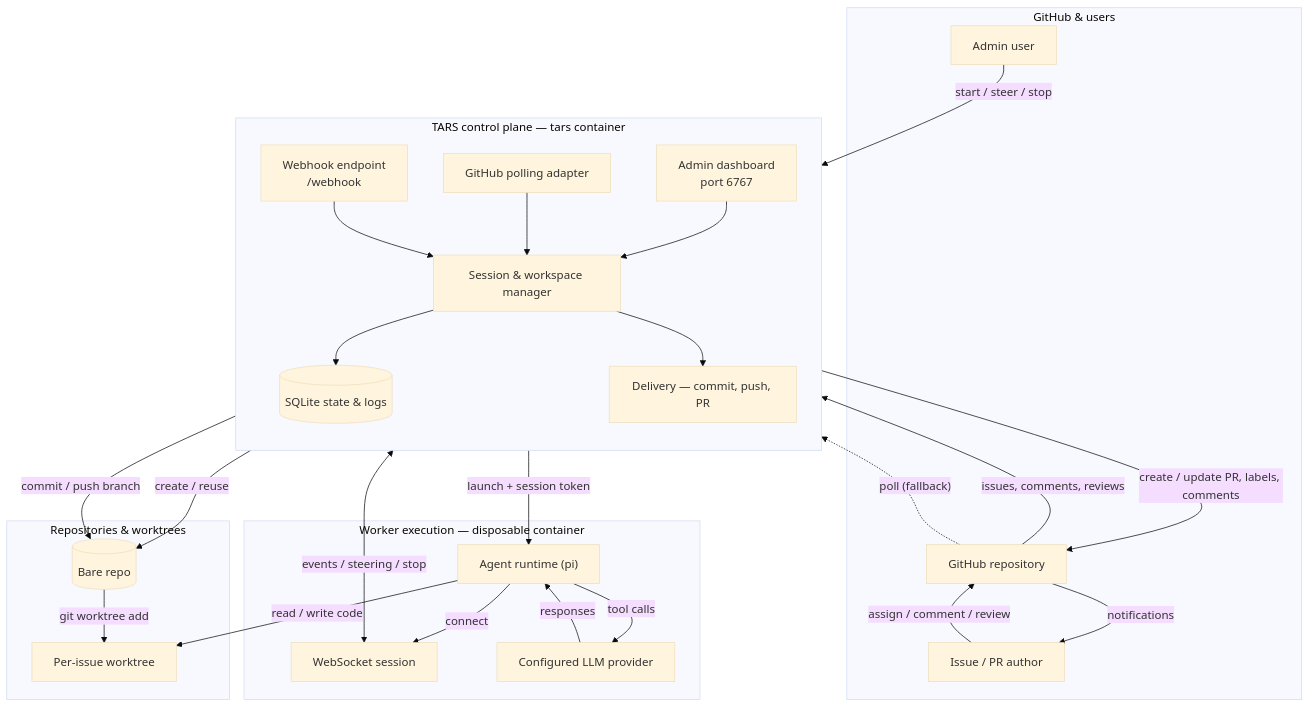
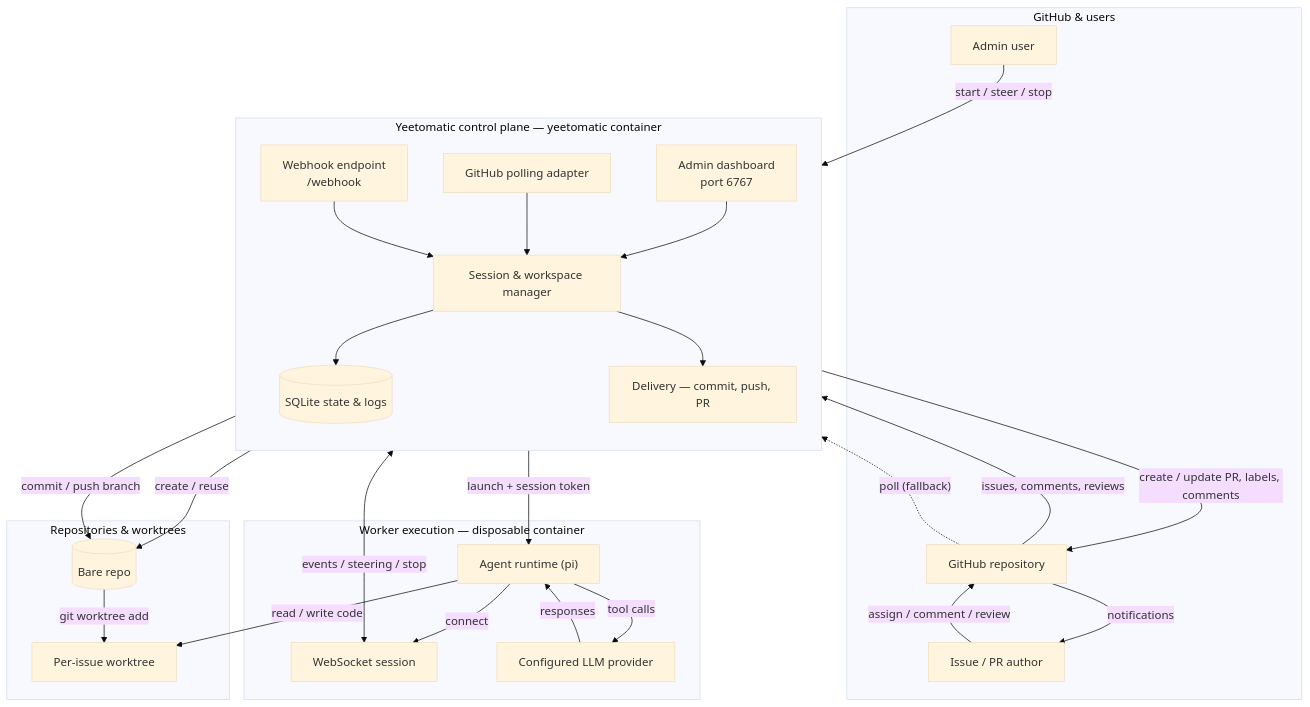
One commit to mbrooks/yolomatic changed the second of 2 diagrams in README.md. Above: the diagram before and after it, drawn with Mermaid (base theme). The commit also changed other lines of this file and 151 other files, not shown here.

````diff
--- a/README.md
+++ b/README.md
@@ -207,50 +207,50 @@
 ```mermaid
 flowchart TD
     subgraph External["GitHub & users"]
         User["Issue / PR author"]
         Admin["Admin user"]
         GH["GitHub repository"]
     end
 
-    subgraph ControlPlane["TARS control plane — tars container"]
+    subgraph ControlPlane["Yeetomatic control plane — yeetomatic container"]
         direction TB
         WebUI["Admin dashboard<br/>port 6767"]
         Webhook["Webhook endpoint<br/>/webhook"]
         Poll["GitHub polling adapter"]
         Session["Session & workspace manager"]
         DB[("SQLite state & logs")]
         Delivery["Delivery — commit, push, PR"]
     end
 
     subgraph WorkerExec["Worker execution — disposable container"]
         Worker["Agent runtime (pi)"]
         WS["WebSocket session"]
         Provider["Configured LLM provider"]
     end
 
     subgraph Storage["Repositories & worktrees"]
         Bare[("Bare repo")]
         WT["Per-issue worktree"]
     end
 
     User -->|"assign / comment / review"| GH
     Admin -->|"start / steer / stop"| WebUI
     GH -->|"issues, comments, reviews"| Webhook
     GH -.->|"poll (fallback)"| Poll
     Webhook --> Session
     Poll --> Session
     WebUI --> Session
     Session --> DB
     Session -->|"create / reuse"| Bare
     Bare -->|"git worktree add"| WT
     Session -->|"launch + session token"| Worker
     Worker -->|"connect"| WS
     WS <-->|"events / steering / stop"| Session
     Worker -->|"read / write code"| WT
     Worker -->|"tool calls"| Provider
     Provider -->|"responses"| Worker
     Session --> Delivery
     Delivery -->|"commit / push branch"| Bare
     Delivery -->|"create / update PR, labels, comments"| GH
     GH -->|"notifications"| User
 ```
````
